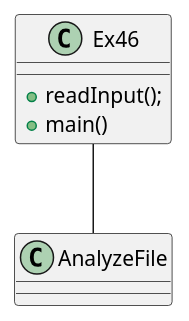
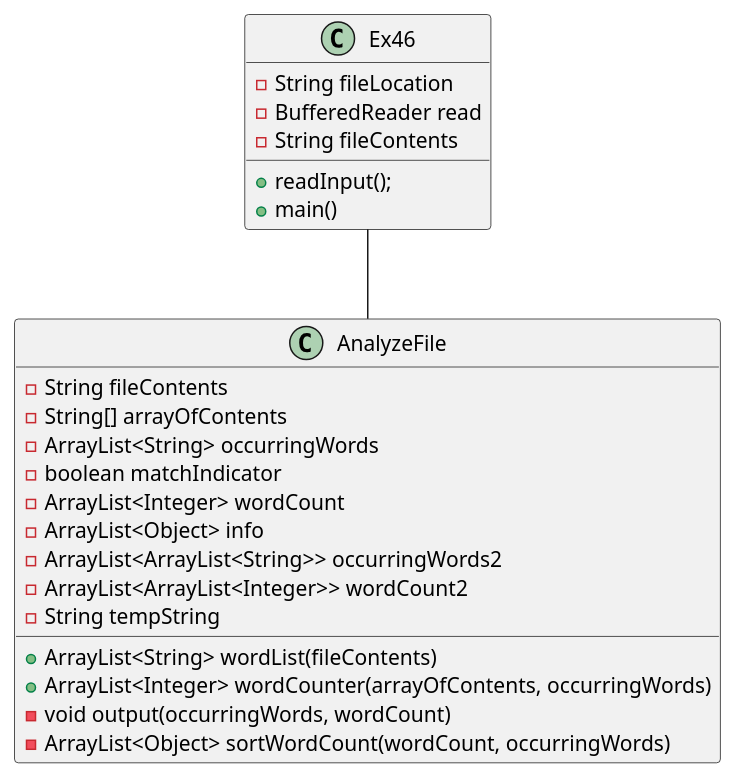
Before and after one commit to Kmullens1/mullens-cop3330-assignment3: the diagram in src/main/java/oop/example/Ex46/Ex46_UML.puml, drawn with PlantUML. The commit also changed 1 other file, not shown here.

Commit message:
Ex 46 - Updated UML - Still need to add testcases & update pseudocode

```diff
--- a/src/main/java/oop/example/Ex46/Ex46_UML.puml
+++ b/src/main/java/oop/example/Ex46/Ex46_UML.puml
@@ -1,16 +1,32 @@
 @startuml
 'https://plantuml.com/sequence-diagram
 
 class Ex46{
+    - String fileLocation
+    - BufferedReader read
+    - String fileContents
 
     + readInput();
     + main()
 }
 
 class AnalyzeFile{
+    - String fileContents
+    - String[] arrayOfContents
+    - ArrayList<String> occurringWords
+    - boolean matchIndicator
+    - ArrayList<Integer> wordCount
+    - ArrayList<Object> info
+    - ArrayList<ArrayList<String>> occurringWords2
+    - ArrayList<ArrayList<Integer>> wordCount2
+    - String tempString
 
+    + ArrayList<String> wordList(fileContents)
+    + ArrayList<Integer> wordCounter(arrayOfContents, occurringWords)
+    - void output(occurringWords, wordCount)
+    - ArrayList<Object> sortWordCount(wordCount, occurringWords)
 }
 
 Ex46 -- AnalyzeFile
 
 @enduml
```
